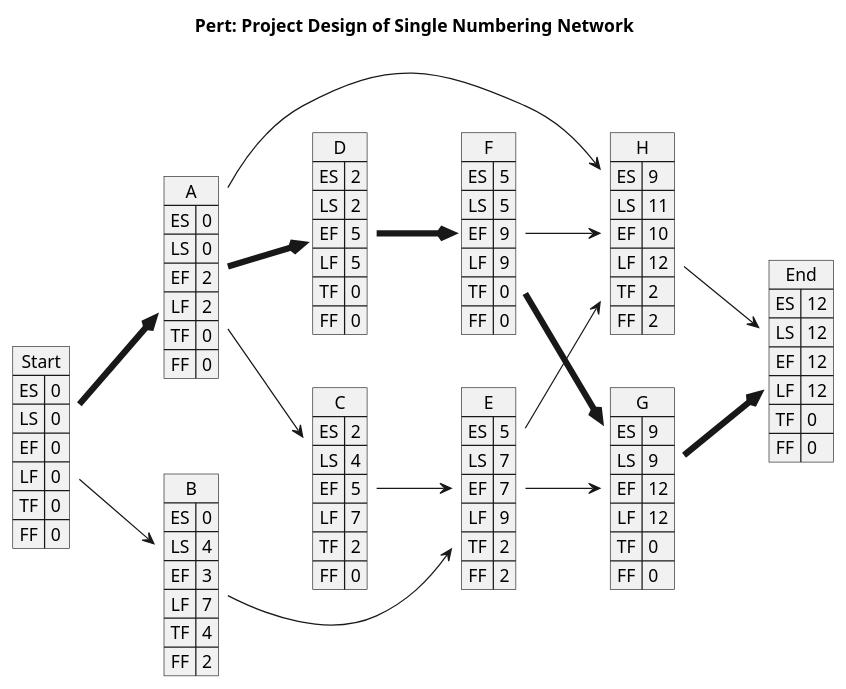
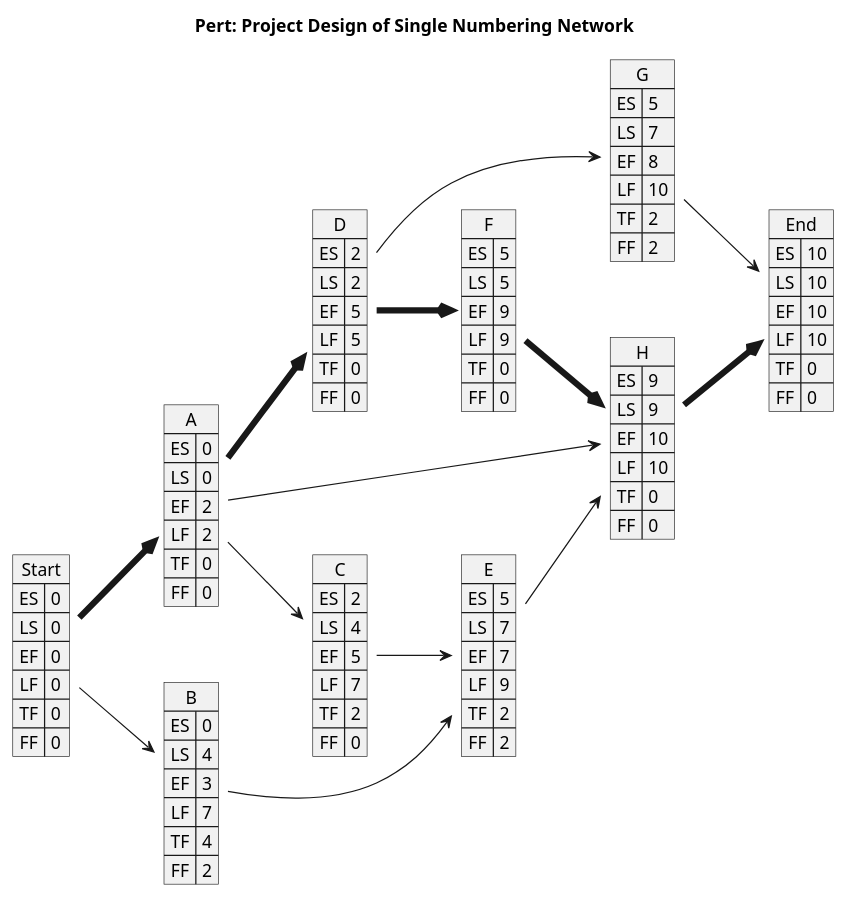
The diagram in __temp__/PUML_text_sNN.puml (SCWM-P/PM_code_LLM_plantuml), drawn with PlantUML before and after one commit. The commit also changed 6 other files, not shown here.

```diff
--- a/__temp__/PUML_text_sNN.puml
+++ b/__temp__/PUML_text_sNN.puml
@@ -2,100 +2,99 @@
 @startuml PERT
 left to right direction
 ' Horizontal lines: -->, <--, <-->
 ' Vertical lines: ->, <-, <->
 title Pert: Project Design of Single Numbering Network
 map Start {
     ES => 0
     LS => 0
     EF => 0
     LF => 0
     TF => 0
     FF => 0
 }
 map A {
     ES => 0
     LS => 0
     EF => 2
     LF => 2
     TF => 0
     FF => 0
 }
 map B {
     ES => 0
     LS => 4
     EF => 3
     LF => 7
     TF => 4
     FF => 2
 }
 map C {
     ES => 2
     LS => 4
     EF => 5
     LF => 7
     TF => 2
     FF => 0
 }
 map D {
     ES => 2
     LS => 2
     EF => 5
     LF => 5
     TF => 0
     FF => 0
 }
 map E {
     ES => 5
     LS => 7
     EF => 7
     LF => 9
     TF => 2
     FF => 2
 }
 map F {
     ES => 5
     LS => 5
     EF => 9
     LF => 9
     TF => 0
     FF => 0
 }
 map G {
+    ES => 5
+    LS => 7
+    EF => 8
+    LF => 10
+    TF => 2
+    FF => 2
+}
+map H {
     ES => 9
     LS => 9
-    EF => 12
-    LF => 12
+    EF => 10
+    LF => 10
     TF => 0
     FF => 0
 }
-map H {
-    ES => 9
-    LS => 11
+map End {
+    ES => 10
+    LS => 10
     EF => 10
-    LF => 12
-    TF => 2
-    FF => 2
-}
-map End {
-    ES => 12
-    LS => 12
-    EF => 12
-    LF => 12
+    LF => 10
     TF => 0
     FF => 0
 }
 Start -[thickness=5]-> A
 Start --> B
 A --> C
 A -[thickness=5]-> D
 B --> E
 C --> E
 D -[thickness=5]-> F
-E --> G
-F -[thickness=5]-> G
+D --> G
 A --> H
 E --> H
-F --> H
-G -[thickness=5]-> End
-H --> End
+F -[thickness=5]-> H
+G --> End
+H -[thickness=5]-> End
 @enduml
```
